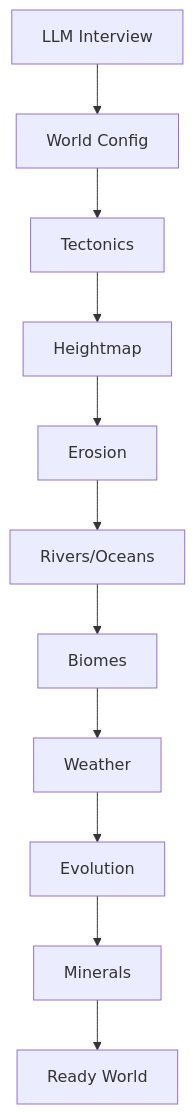
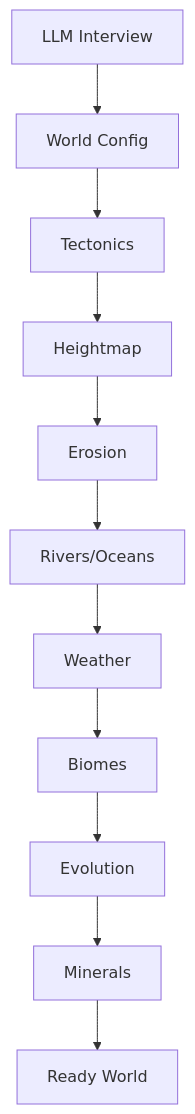
One commit to leemwalker/thousand-worlds changed the diagram in tw-backend/internal/worldgen/README.md. Above: the diagram before and after it, drawn with Mermaid. The commit also changed other lines of this file and 6 other files, not shown here.

````diff
--- a/tw-backend/internal/worldgen/README.md
+++ b/tw-backend/internal/worldgen/README.md
@@ -88,13 +89,13 @@
 ```mermaid
 graph TD
     A[LLM Interview] --> B[World Config]
     B --> C[Tectonics]
     C --> D[Heightmap]
     D --> E[Erosion]
     E --> F[Rivers/Oceans]
-    F --> G[Biomes]
-    G --> H[Weather]
-    H --> I[Evolution]
+    F --> H[Weather]
+    H --> G[Biomes]
+    G --> I[Evolution]
     I --> J[Minerals]
     J --> K[Ready World]
 ```
````
